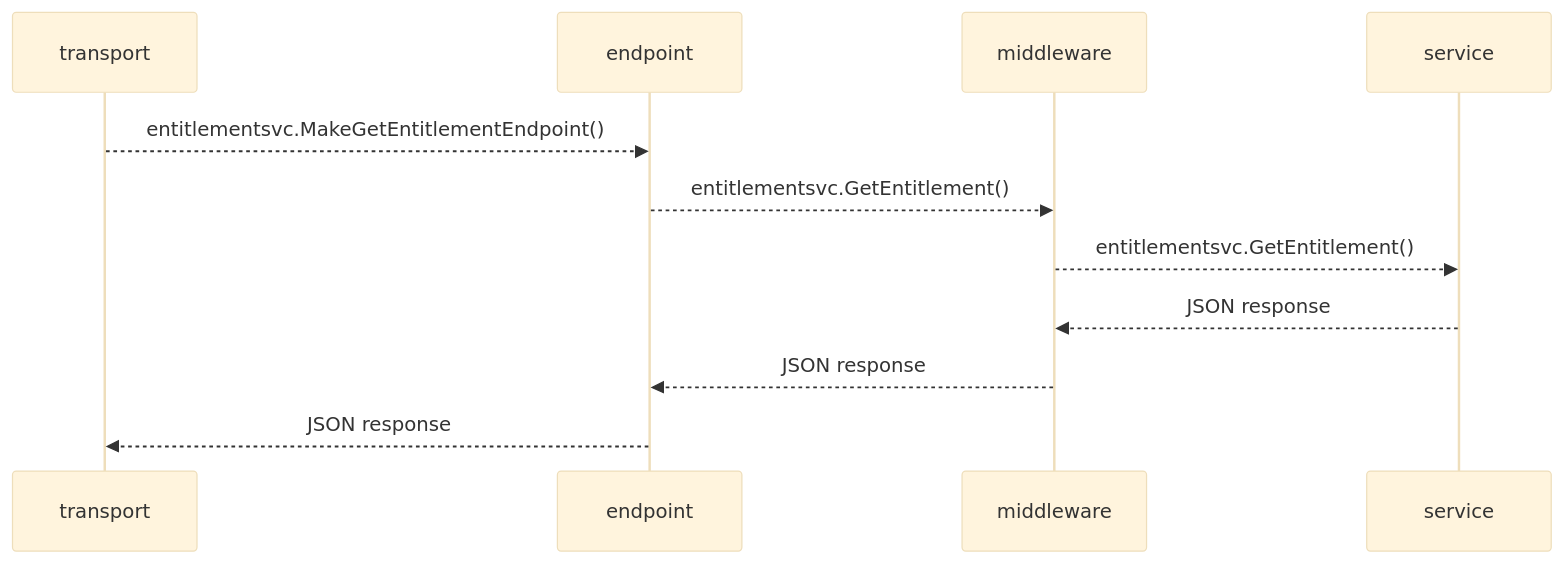
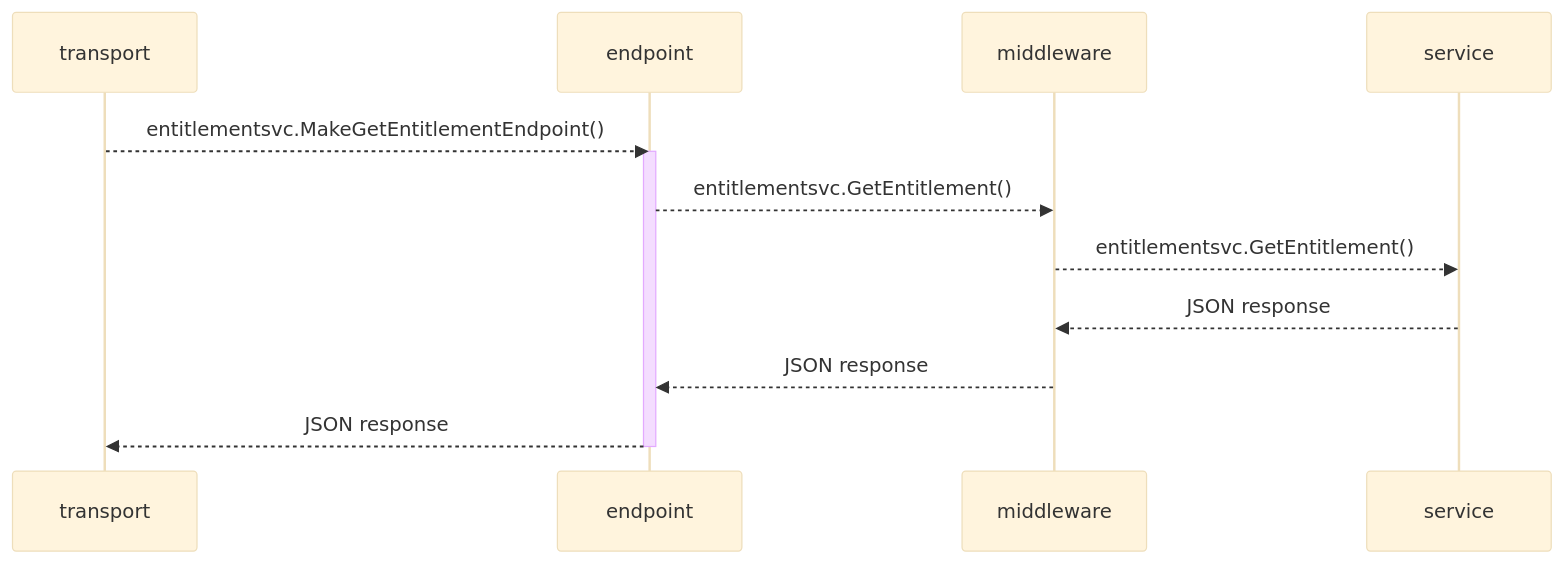
Before and after one commit to ankurkumarz/golang-gokit-service-blueprint: the diagram in README.md, drawn with Mermaid (base theme). The commit also changed 1 other file, not shown here.

````diff
--- a/README.md
+++ b/README.md
@@ -24,10 +24,12 @@
 ```mermaid
 sequenceDiagram
     transport-->>endpoint: entitlementsvc.MakeGetEntitlementEndpoint()
+    activate endpoint
     endpoint-->>middleware: entitlementsvc.GetEntitlement()
     middleware-->>service: entitlementsvc.GetEntitlement()
 
     service-->>middleware: JSON response
     middleware-->>endpoint: JSON response
     endpoint-->>transport: JSON response
+    deactivate endpoint
 ```
````
